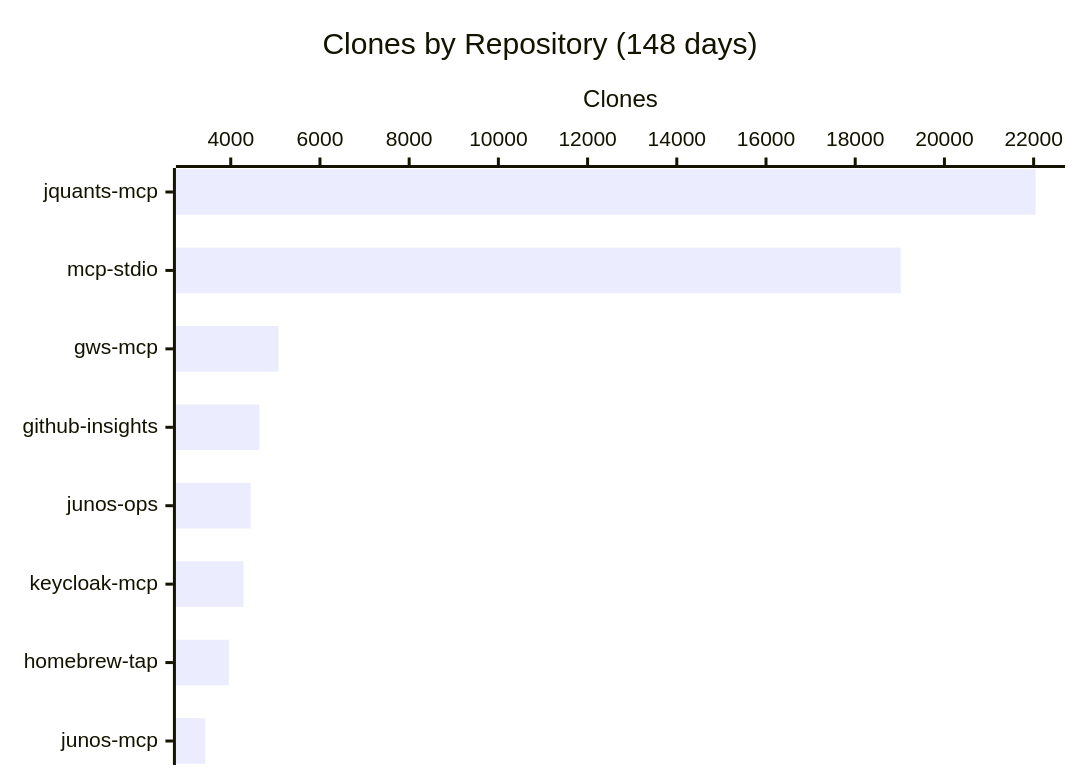
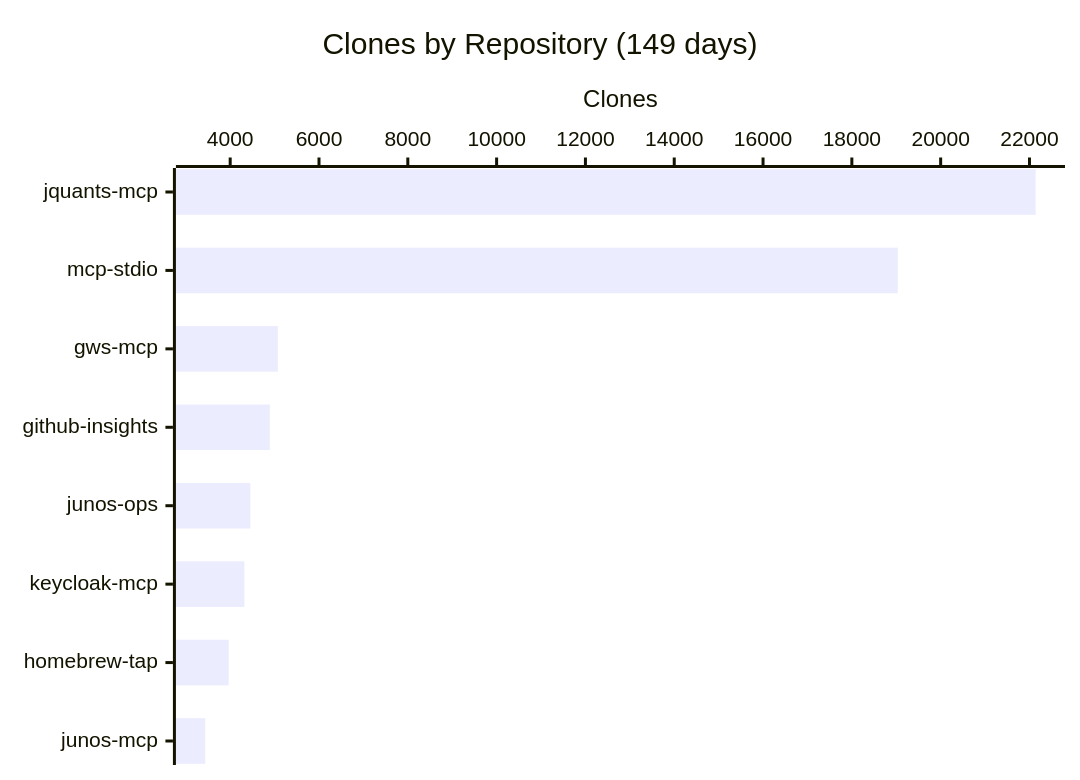
Before and after one commit to shigechika/github-insights: the fourth of 4 diagrams in README.md, drawn with Mermaid. The commit also changed other lines of this file and 2 other files, not shown here.

````diff
--- a/README.md
+++ b/README.md
@@ -58,7 +58,7 @@
 ```mermaid
 xychart-beta horizontal
-    title "Clones by Repository (148 days)"
+    title "Clones by Repository (149 days)"
     x-axis ["jquants-mcp", "mcp-stdio", "gws-mcp", "github-insights", "junos-ops", "keycloak-mcp", "homebrew-tap", "junos-mcp"]
     y-axis "Clones"
-    bar [22045, 19021, 5071, 4639, 4449, 4287, 3958, 3429]
+    bar [22139, 19034, 5074, 4892, 4455, 4321, 3966, 3439]
 ```
````
